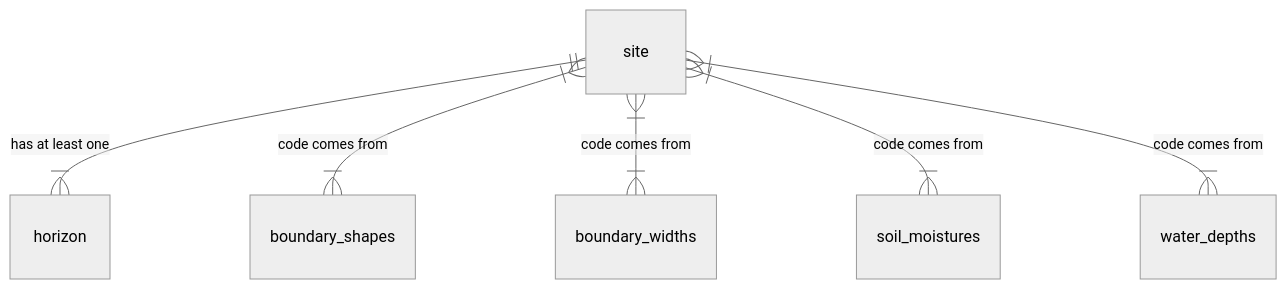
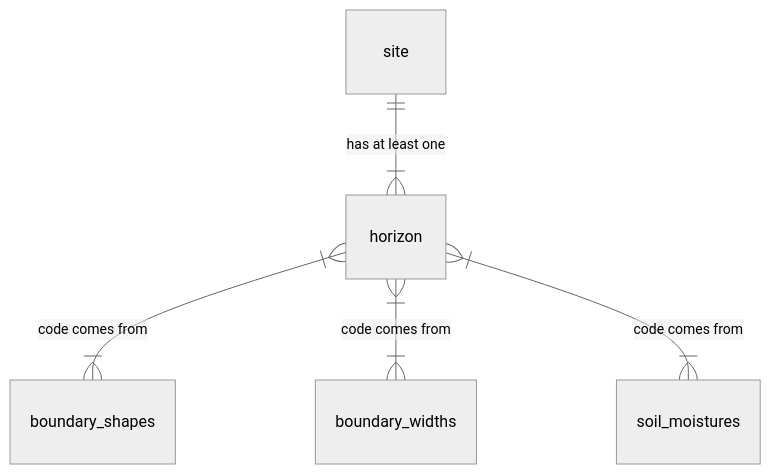
Diagram 11 of 18 in ap_03_database_design.qmd (manaakiwhenua/NZ_soildesc_2024), drawn with Mermaid (neutral theme) before and after one commit. The commit also changed other lines of this file, not shown here.

````diff
--- a/ap_03_database_design.qmd
+++ b/ap_03_database_design.qmd
@@ -485,11 +580,11 @@
 ```{mermaid}
 %%| fig-cap: "Horizon - including support tables"
 
+%%{ init: { 'er': { 'layoutDirection': 'LR' } } }%%
 erDiagram
   site ||--|{ horizon : "has at least one"
-  site }|--|{ boundary_shapes : "code comes from"
-  site }|--|{ boundary_widths : "code comes from"
-  site }|--|{ soil_moistures : "code comes from"
-  site }|--|{ water_depths : "code comes from"
+  horizon }|--|{ boundary_shapes : "code comes from"
+  horizon }|--|{ boundary_widths : "code comes from"
+  horizon }|--|{ soil_moistures : "code comes from"
 
 ```
````
